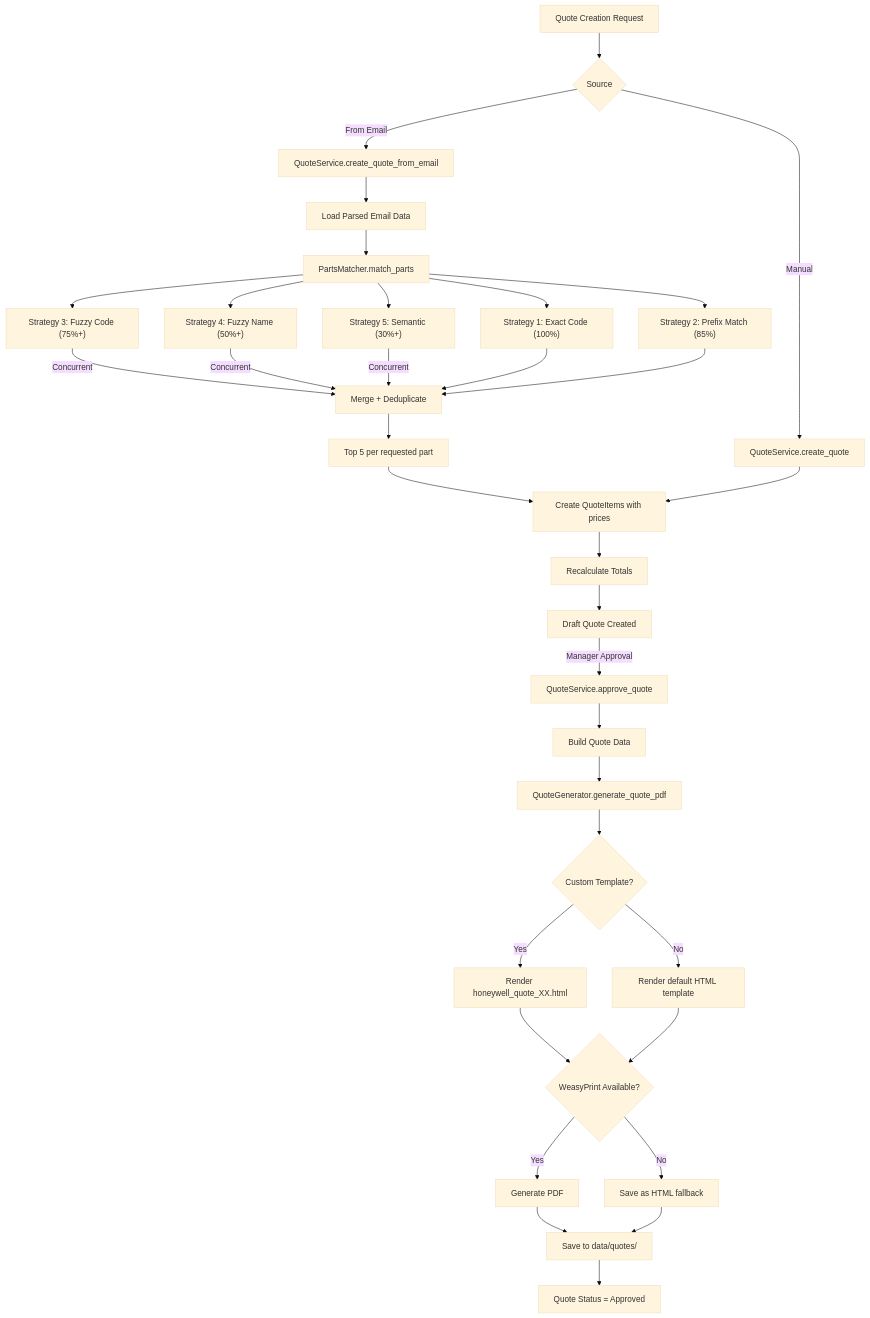
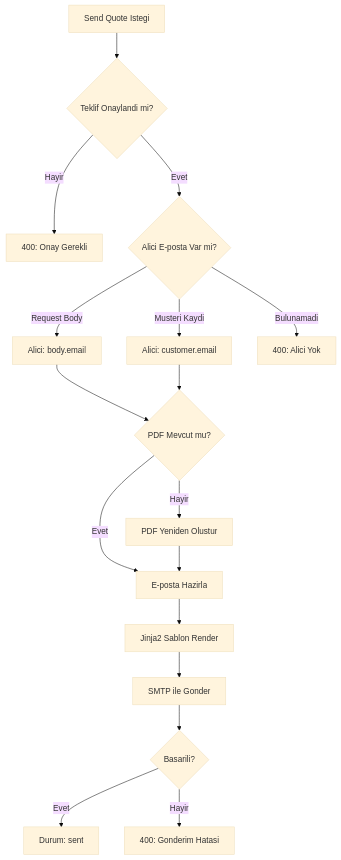
Before and after one commit to oasici/honeywell-sales-manager: the seventh of 10 diagrams in TECHNICAL-DOCUMENTATION.md, drawn with Mermaid (base theme). The commit also changed other lines of this file, not shown here.

````diff
--- a/TECHNICAL-DOCUMENTATION.md
+++ b/TECHNICAL-DOCUMENTATION.md
@@ -1122,41 +2537,19 @@
 ```mermaid
 flowchart TD
-    A[Quote Creation Request] --> B{Source}
-
-    B -->|Manual| C[QuoteService.create_quote]
-    B -->|From Email| D[QuoteService.create_quote_from_email]
-
-    D --> E[Load Parsed Email Data]
-    E --> F[PartsMatcher.match_parts]
-
-    F --> G["Strategy 1: Exact Code (100%)"]
-    F --> H["Strategy 2: Prefix Match (85%)"]
-    F --> I["Strategy 3: Fuzzy Code (75%+)"]
-    F --> J["Strategy 4: Fuzzy Name (50%+)"]
-    F --> K["Strategy 5: Semantic (30%+)"]
-
-    I & J & K -->|Concurrent| L[Merge + Deduplicate]
-    G & H --> L
-    L --> M[Top 5 per requested part]
-
-    M --> N[Create QuoteItems with prices]
-    C --> N
-
-    N --> O[Recalculate Totals]
-    O --> P[Draft Quote Created]
-
-    P -->|Manager Approval| Q[QuoteService.approve_quote]
-    Q --> R[Build Quote Data]
-    R --> S[QuoteGenerator.generate_quote_pdf]
-
-    S --> T{Custom Template?}
-    T -->|Yes| U[Render honeywell_quote_XX.html]
-    T -->|No| V[Render default HTML template]
-
-    U & V --> W{WeasyPrint Available?}
-    W -->|Yes| X[Generate PDF]
-    W -->|No| Y[Save as HTML fallback]
-
-    X & Y --> Z[Save to data/quotes/]
-    Z --> AA[Quote Status = Approved]
+    A[Send Quote Istegi] --> B{Teklif Onaylandi mi?}
+    B -->|Hayir| C[400: Onay Gerekli]
+    B -->|Evet| D{Alici E-posta Var mi?}
+    D -->|Request Body| E[Alici: body.email]
+    D -->|Musteri Kaydi| F[Alici: customer.email]
+    D -->|Bulunamadi| G[400: Alici Yok]
+    E --> H{PDF Mevcut mu?}
+    F --> H
+    H -->|Hayir| I[PDF Yeniden Olustur]
+    H -->|Evet| J[E-posta Hazirla]
+    I --> J
+    J --> K[Jinja2 Sablon Render]
+    K --> L[SMTP ile Gonder]
+    L --> M{Basarili?}
+    M -->|Evet| N[Durum: sent]
+    M -->|Hayir| O[400: Gonderim Hatasi]
 ```
````
